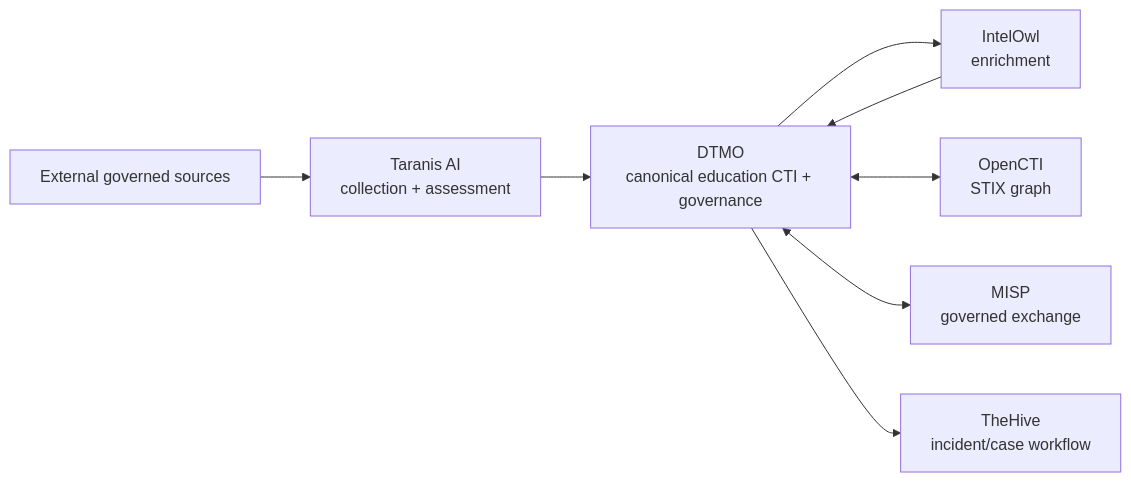
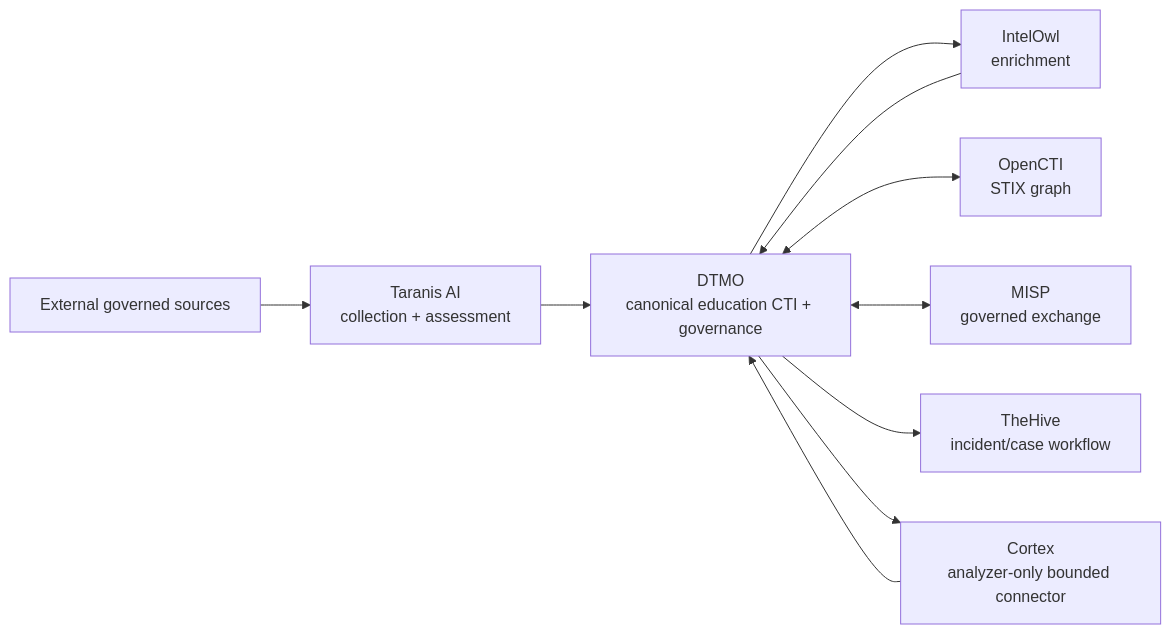
The first of 2 diagrams in docs/roadmap/PLATFORM_INDUSTRIALISATION_ROADMAP.md (GJvManen/dtmo), drawn with Mermaid before and after one commit. The commit also changed other lines of this file, not shown here.

Commit message:
Phase 11.7A: insert bounded Cortex connector re-entry before runtime industrialisation

````diff
--- a/docs/roadmap/PLATFORM_INDUSTRIALISATION_ROADMAP.md
+++ b/docs/roadmap/PLATFORM_INDUSTRIALISATION_ROADMAP.md
@@ -14,10 +14,12 @@
 ```mermaid
 flowchart LR
     EXT[External governed sources] --> TAR[Taranis AI\ncollection + assessment]
     TAR --> DTMO[DTMO\ncanonical education CTI + governance]
     DTMO --> OWL[IntelOwl\nenrichment]
     OWL --> DTMO
     DTMO <--> OCTI[OpenCTI\nSTIX graph]
     DTMO <--> MISP[MISP\ngoverned exchange]
     DTMO --> HIVE[TheHive\nincident/case workflow]
+    DTMO --> CTX[Cortex\nanalyzer-only bounded connector]
+    CTX --> DTMO
 ```
````
